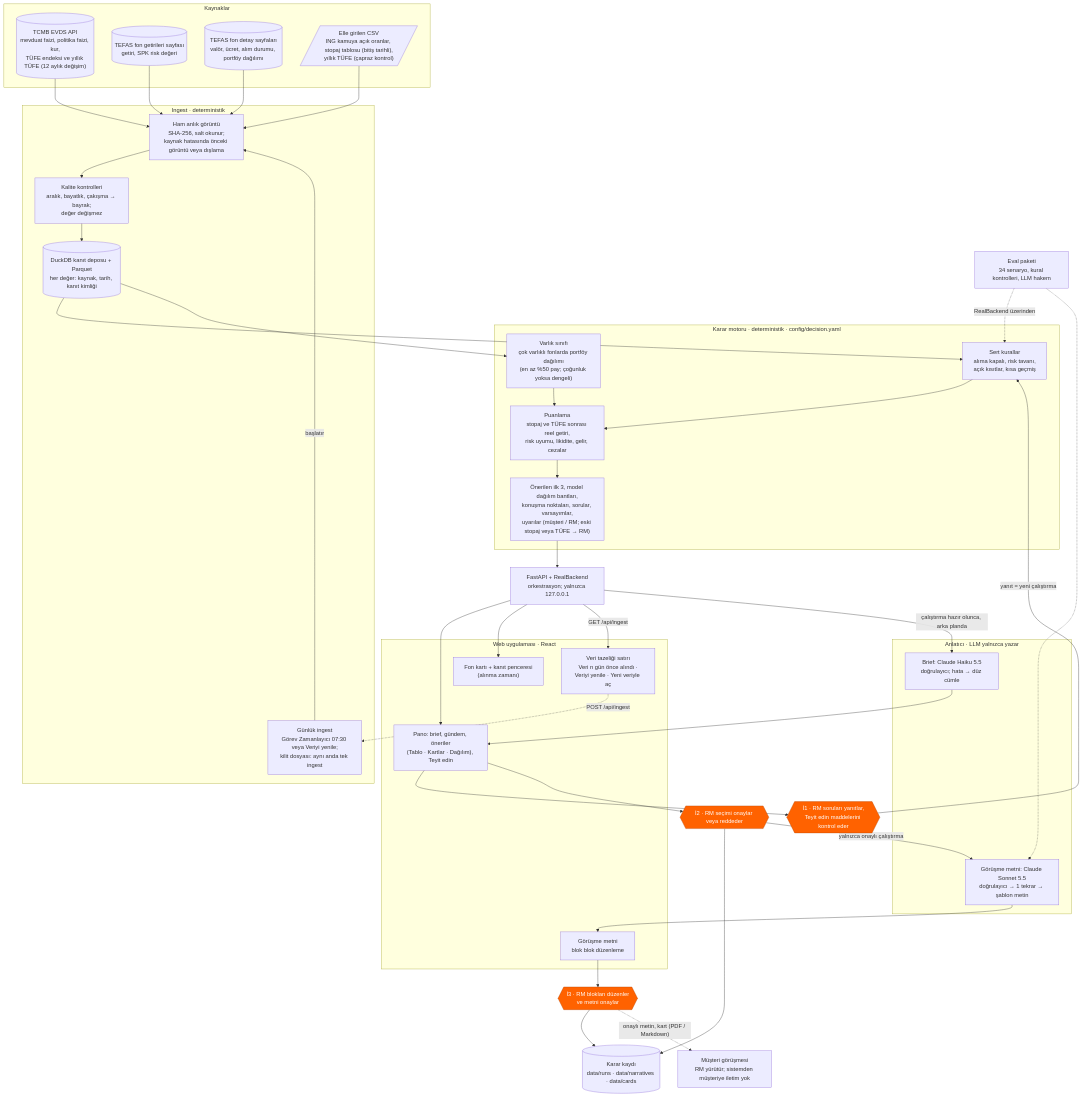
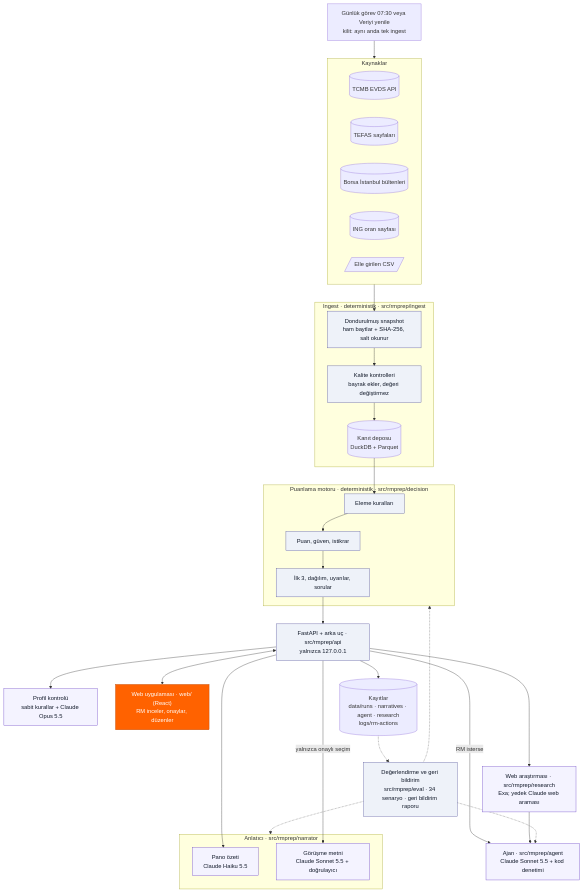
The first of 3 diagrams in docs/teslim/04-cozum-tasarimi.md (ArdahanDogru/ing-hackathon-rm-prep), drawn with Mermaid before and after one commit. The commit also changed other lines of this file and 12 other files, not shown here.

First line of the commit message:
docs/teslim: deliverables 2-6 at the final state (17.10 snapshot, eval n12, agent eval), PDFs rebuilt

````diff
--- a/docs/teslim/04-cozum-tasarimi.md
+++ b/docs/teslim/04-cozum-tasarimi.md
@@ -17,64 +22,53 @@
 ```mermaid
 flowchart TB
+    JOB["Günlük görev 07:30 veya Veriyi yenile<br/>kilit: aynı anda tek ingest"]
     subgraph SRC["Kaynaklar"]
-        EVDS[("TCMB EVDS API<br/>mevduat faizi, politika faizi, kur,<br/>TÜFE endeksi ve yıllık TÜFE (12 aylık değişim)")]
-        TW[("TEFAS fon getirileri sayfası<br/>getiri, SPK risk değeri")]
-        TD[("TEFAS fon detay sayfaları<br/>valör, ücret, alım durumu, portföy dağılımı")]
-        MAN[/"Elle girilen CSV<br/>ING kamuya açık oranlar, stopaj tablosu (bitiş tarihli),<br/>yıllık TÜFE (çapraz kontrol)"/]
+        direction LR
+        EVDS[("TCMB EVDS API")]
+        TW[("TEFAS sayfaları")]
+        BIST[("Borsa İstanbul bültenleri")]
+        INGW[("ING oran sayfası")]
+        MAN[/"Elle girilen CSV"/]
     end
-
-    subgraph ING["Ingest · deterministik"]
-        JOB["Günlük ingest<br/>Görev Zamanlayıcı 07:30 veya Veriyi yenile;<br/>kilit dosyası: aynı anda tek ingest"]
-        SNAP["Ham anlık görüntü<br/>SHA-256, salt okunur;<br/>kaynak hatasında önceki görüntü veya dışlama"]
-        QC["Kalite kontrolleri<br/>aralık, bayatlık, çakışma → bayrak;<br/>değer değişmez"]
-        DB[("DuckDB kanıt deposu + Parquet<br/>her değer: kaynak, tarih, kanıt kimliği")]
+    subgraph ING["Ingest · deterministik · src/rmprep/ingest"]
+        SNAP["Dondurulmuş snapshot<br/>ham baytlar + SHA-256, salt okunur"]
+        QC["Kalite kontrolleri<br/>bayrak ekler, değeri değiştirmez"]
+        DB[("Kanıt deposu<br/>DuckDB + Parquet")]
+        SNAP --> QC --> DB
     end
-
-    subgraph DEC["Karar motoru · deterministik · config/decision.yaml"]
-        RULES["Sert kurallar<br/>alıma kapalı, risk tavanı,<br/>açık kısıtlar, kısa geçmiş"]
-        CLS["Varlık sınıfı<br/>çok varlıklı fonlarda portföy dağılımı<br/>(en az %50 pay; çoğunluk yoksa dengeli)"]
-        SCORE["Puanlama<br/>stopaj ve TÜFE sonrası reel getiri,<br/>risk uyumu, likidite, gelir, cezalar"]
-        OUT["Önerilen ilk 3, model dağılım bantları,<br/>konuşma noktaları, sorular, varsayımlar,<br/>uyarılar (müşteri / RM; eski stopaj veya TÜFE → RM)"]
+    subgraph DEC["Puanlama motoru · deterministik · src/rmprep/decision"]
+        RULES["Eleme kuralları"] --> SCORE["Puan, güven, istikrar"] --> TOP["İlk 3, dağılım, uyarılar, sorular"]
     end
-
-    API["FastAPI + RealBackend<br/>orkestrasyon; yalnızca 127.0.0.1"]
-
-    subgraph NAR["Anlatıcı · LLM yalnızca yazar"]
-        BRIEF["Brief: Claude Haiku 5.5<br/>doğrulayıcı; hata → düz cümle"]
-        TEXT["Görüşme metni: Claude Sonnet 5.5<br/>doğrulayıcı → 1 tekrar → şablon metin"]
+    API["FastAPI + arka uç · src/rmprep/api<br/>yalnızca 127.0.0.1"]
+    PROF["Profil kontrolü<br/>sabit kurallar + Claude Opus 5.5"]
+    RES["Web araştırması · src/rmprep/research<br/>Exa; yedek Claude web araması"]
+    AGT["Ajan · src/rmprep/agent<br/>Claude Sonnet 5.5 + kod denetimi"]
+    subgraph NAR["Anlatıcı · src/rmprep/narrator"]
+        BRIEF["Pano özeti<br/>Claude Haiku 5.5"]
+        TEXT["Görüşme metni<br/>Claude Sonnet 5.5 + doğrulayıcı"]
     end
-
-    subgraph WEB["Web uygulaması · React"]
-        FRESH["Veri tazeliği satırı<br/>Veri n gün önce alındı ·<br/>Veriyi yenile · Yeni veriyle aç"]
-        DASH["Pano: brief, gündem, öneriler<br/>(Tablo · Kartlar · Dağılım), Teyit edin"]
-        FUND["Fon kartı + kanıt penceresi<br/>(alınma zamanı)"]
-        MT["Görüşme metni<br/>blok blok düzenleme"]
-    end
-
-    H1{{"İ1 · RM soruları yanıtlar,<br/>Teyit edin maddelerini kontrol eder"}}
-    H2{{"İ2 · RM seçimi onaylar veya reddeder"}}
-    H3{{"İ3 · RM blokları düzenler<br/>ve metni onaylar"}}
-    REC[("Karar kaydı<br/>data/runs · data/narratives · data/cards")]
-    CLIENT["Müşteri görüşmesi<br/>RM yürütür; sistemden müşteriye iletim yok"]
-    EVAL["Eval paketi<br/>34 senaryo, kural kontrolleri, LLM hakem"]
-
-    JOB -- "başlatır" --> SNAP
-    EVDS & TW & TD & MAN --> SNAP --> QC --> DB
-    DB --> RULES --> SCORE --> OUT --> API
-    DB --> CLS --> SCORE
-    API --> DASH & FUND
-    API -- "GET /api/ingest" --> FRESH
-    FRESH -. "POST /api/ingest" .-> JOB
-    API -- "çalıştırma hazır olunca, arka planda" --> BRIEF --> DASH
-    DASH --> H1 -- "yanıt = yeni çalıştırma" --> RULES
-    DASH --> H2
-    H2 -- "yalnızca onaylı çalıştırma" --> TEXT --> MT --> H3
-    H2 --> REC
-    H3 --> REC
-    H3 -. "onaylı metin, kart (PDF / Markdown)" .-> CLIENT
-    EVAL -. "RealBackend üzerinden" .-> RULES
-    EVAL -.-> TEXT
-
-    classDef human fill:#FF6200,color:#fff,stroke:#B34400
-    class H1,H2,H3 human
+    WEB["Web uygulaması · web/ (React)<br/>RM inceler, onaylar, düzenler"]
+    REC[("Kayıtlar<br/>data/runs · narratives · agent · research<br/>logs/rm-actions")]
+    EVAL["Değerlendirme ve geri bildirim<br/>src/rmprep/eval · 34 senaryo · geri bildirim raporu"]
+    JOB --> SRC --> SNAP
+    DB --> RULES
+    TOP --> API
+    API <--> WEB
+    API --> PROF
+    API --> RES
+    API -- "RM isterse" --> AGT
+    RES --> AGT
+    API --> BRIEF
+    API -- "yalnızca onaylı seçim" --> TEXT
+    API --> REC
+    EVAL -.-> DEC
+    EVAL -.-> NAR
+    EVAL -.-> AGT
+    REC -.-> EVAL
+    classDef code fill:#EEF2F9,stroke:#525199,color:#101828
+    classDef ai fill:#F4F3FF,stroke:#6941C6,color:#101828
+    classDef human fill:#FF6200,stroke:#B34400,color:#fff
+    class SNAP,QC,RULES,SCORE,TOP,API,EVAL code
+    class PROF,RES,AGT,BRIEF,TEXT ai
+    class WEB human
 ```
````
